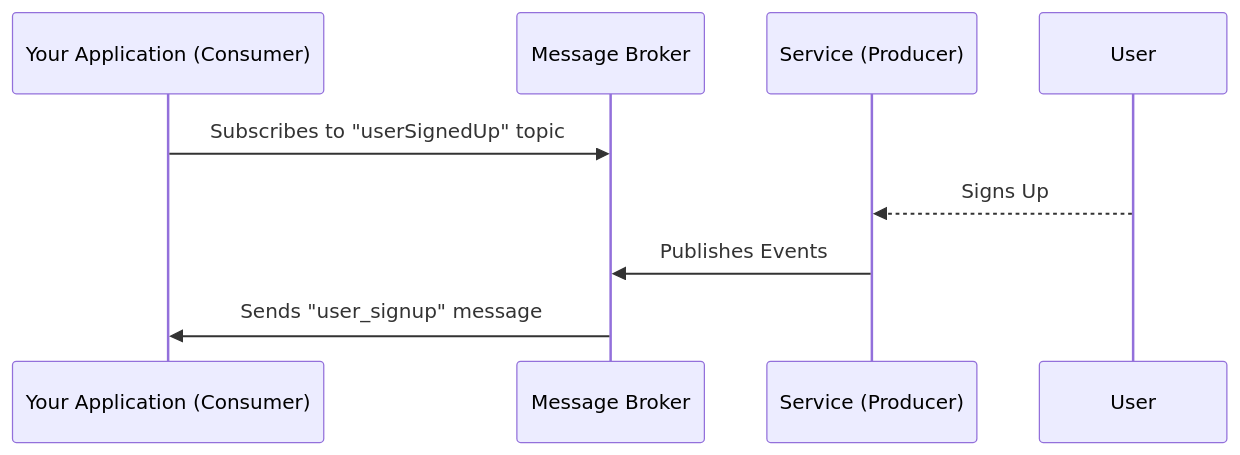
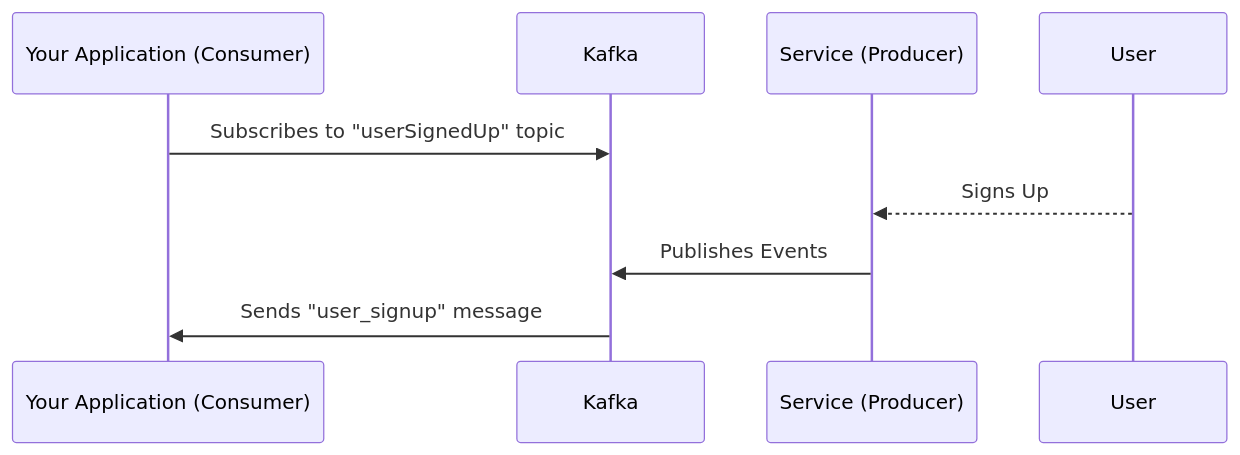
One commit to asyncapi/website changed the diagram in pages/docs/tutorials/kafka/index.md. Above: the diagram before and after it, drawn with Mermaid.

Commit message:
renamed message broker to kafka

````diff
--- a/pages/docs/tutorials/kafka/index.md
+++ b/pages/docs/tutorials/kafka/index.md
@@ -15,11 +15,11 @@
 ```mermaid
 sequenceDiagram
     participant Your Application (Consumer)
-    participant Message Broker
+    participant Kafka
     participant Service (Producer)
     participant User
-    Your Application (Consumer)->> Message Broker: Subscribes to "userSignedUp" topic
+    Your Application (Consumer)->> Kafka: Subscribes to "userSignedUp" topic
     User-->> Service (Producer): Signs Up
-    Service (Producer)->> Message Broker: Publishes Events
-    Message Broker->> Your Application (Consumer): Sends "user_signup" message
+    Service (Producer)->> Kafka: Publishes Events
+    Kafka->> Your Application (Consumer): Sends "user_signup" message
 ```    
````
